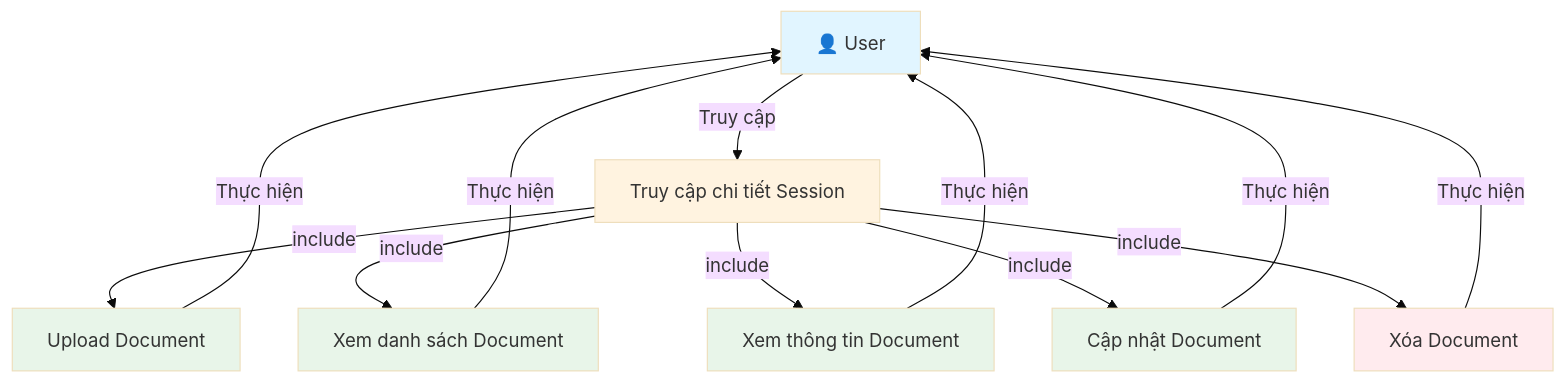
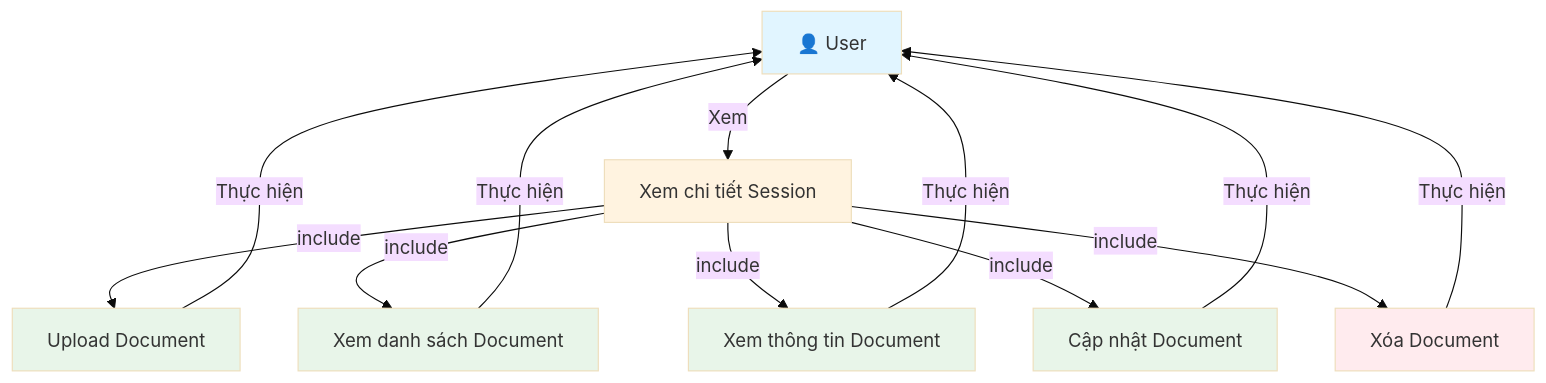
Before and after one commit to mduc-2610/gp_doc: the diagram in document/1_document_management_usecase.md, drawn with Mermaid (base theme). The commit also changed other lines of this file and 8 other files, not shown here.

````diff
--- a/document/1_document_management_usecase.md
+++ b/document/1_document_management_usecase.md
@@ -3,36 +3,36 @@
 ```mermaid
 graph TB
     Actor["👤 User"]
     
-    AccessSessionDetail["Truy cập chi tiết Session"]
+    ViewSessionDetail["Xem chi tiết Session"]
     UploadDocument["Upload Document"]
     ViewDocumentList["Xem danh sách Document"]
     ViewDocumentInfo["Xem thông tin Document"]
     UpdateDocument["Cập nhật Document"]
     DeleteDocument["Xóa Document"]
     
-    Actor -->|Truy cập| AccessSessionDetail
+    Actor -->|Xem| ViewSessionDetail
     
-    AccessSessionDetail -->|include| UploadDocument
+    ViewSessionDetail -->|include| UploadDocument
     UploadDocument -->|Thực hiện| Actor
     
-    AccessSessionDetail -->|include| ViewDocumentList
+    ViewSessionDetail -->|include| ViewDocumentList
     ViewDocumentList -->|Thực hiện| Actor
     
-    AccessSessionDetail -->|include| ViewDocumentInfo
+    ViewSessionDetail -->|include| ViewDocumentInfo
     ViewDocumentInfo -->|Thực hiện| Actor
     
-    AccessSessionDetail -->|include| UpdateDocument
+    ViewSessionDetail -->|include| UpdateDocument
     UpdateDocument -->|Thực hiện| Actor
     
-    AccessSessionDetail -->|include| DeleteDocument
+    ViewSessionDetail -->|include| DeleteDocument
     DeleteDocument -->|Thực hiện| Actor
     
     style Actor fill:#e1f5ff
-    style AccessSessionDetail fill:#fff3e0
+    style ViewSessionDetail fill:#fff3e0
     style UploadDocument fill:#e8f5e9
     style ViewDocumentList fill:#e8f5e9
     style ViewDocumentInfo fill:#e8f5e9
     style UpdateDocument fill:#e8f5e9
     style DeleteDocument fill:#ffebee
 ```
````
